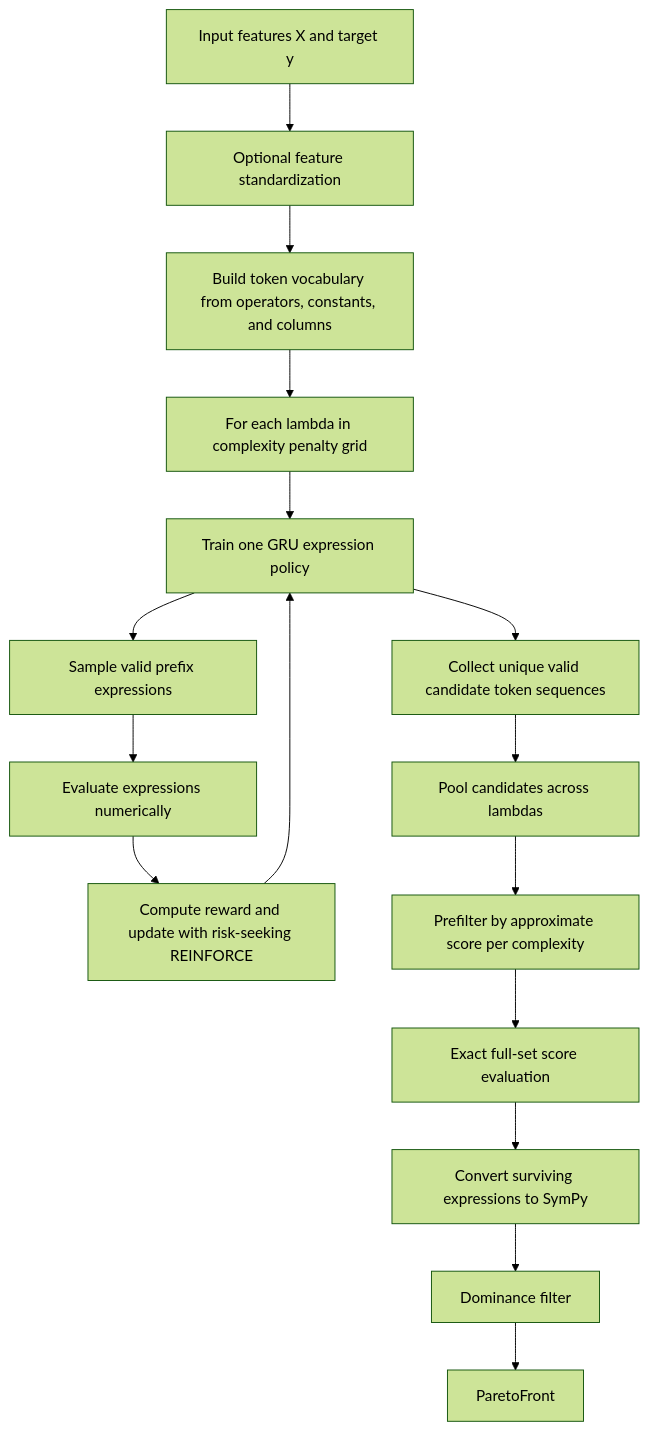
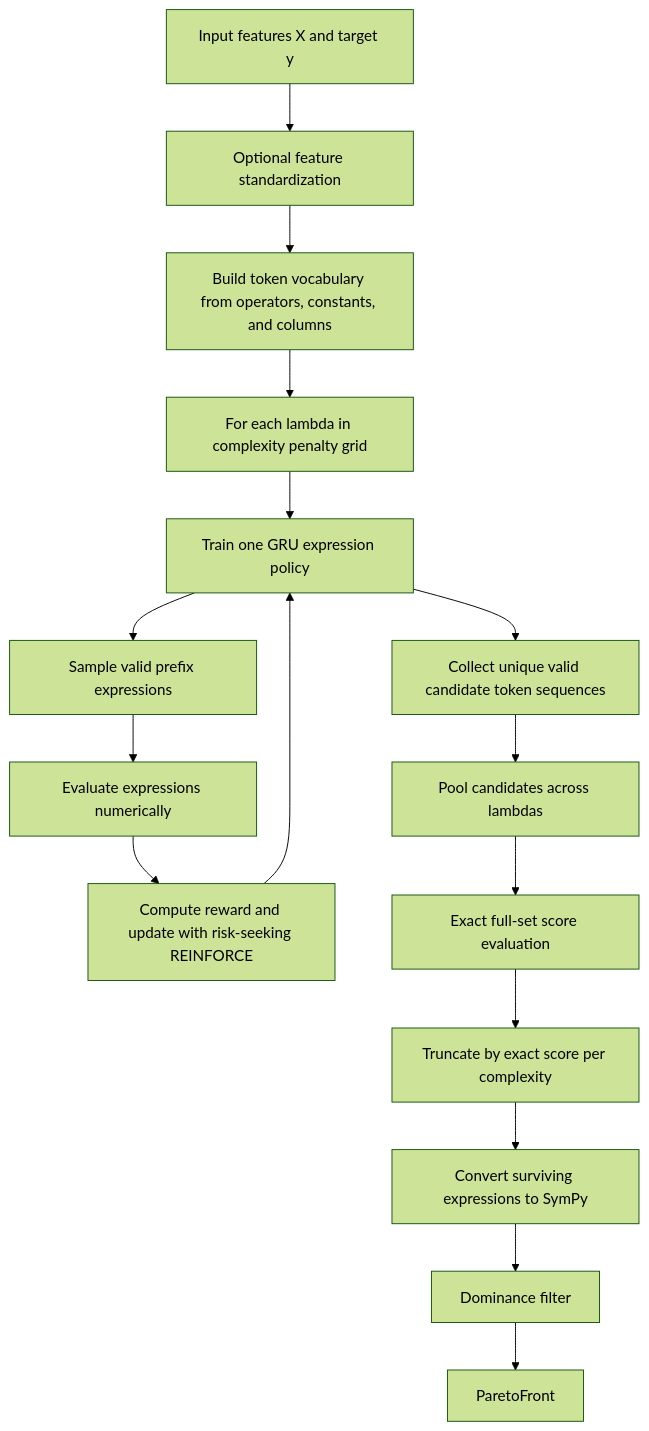
Before and after one commit to kpapmath/nsr-engine: the first of 11 diagrams in docs/methodology.md, drawn with Mermaid (forest theme). The commit also changed other lines of this file and 6 other files, not shown here.

````diff
--- a/docs/methodology.md
+++ b/docs/methodology.md
@@ -11,18 +11,18 @@
 ```mermaid
 flowchart TD
     A[Input features X and target y] --> B[Optional feature standardization]
     B --> C[Build token vocabulary from operators, constants, and columns]
     C --> D[For each lambda in complexity penalty grid]
     D --> E[Train one GRU expression policy]
     E --> F[Sample valid prefix expressions]
     F --> G[Evaluate expressions numerically]
     G --> H[Compute reward and update with risk-seeking REINFORCE]
     H --> E
     E --> I[Collect unique valid candidate token sequences]
     I --> J[Pool candidates across lambdas]
-    J --> K[Prefilter by approximate score per complexity]
-    K --> L[Exact full-set score evaluation]
+    J --> K[Exact full-set score evaluation]
+    K --> L[Truncate by exact score per complexity]
     L --> M[Convert surviving expressions to SymPy]
     M --> N[Dominance filter]
     N --> O[ParetoFront]
 ```
````
